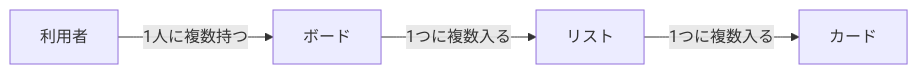
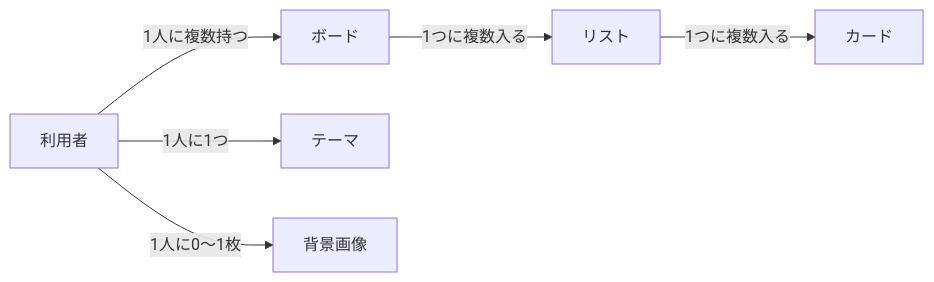
The diagram in docs/01-4_data-requirements.md (major182/TaskManegementTool), drawn with Mermaid before and after one commit. The commit also changed other lines of this file and 5 other files, not shown here.

````diff
--- a/docs/01-4_data-requirements.md
+++ b/docs/01-4_data-requirements.md
@@ -23,6 +27,8 @@
 ```mermaid
 flowchart LR
     U["利用者"] -->|"1人に複数持つ"| B["ボード"]
     B -->|"1つに複数入る"| L["リスト"]
     L -->|"1つに複数入る"| C["カード"]
+    U -->|"1人に1つ"| T["テーマ"]
+    U -->|"1人に0〜1枚"| I["背景画像"]
 ```
````
